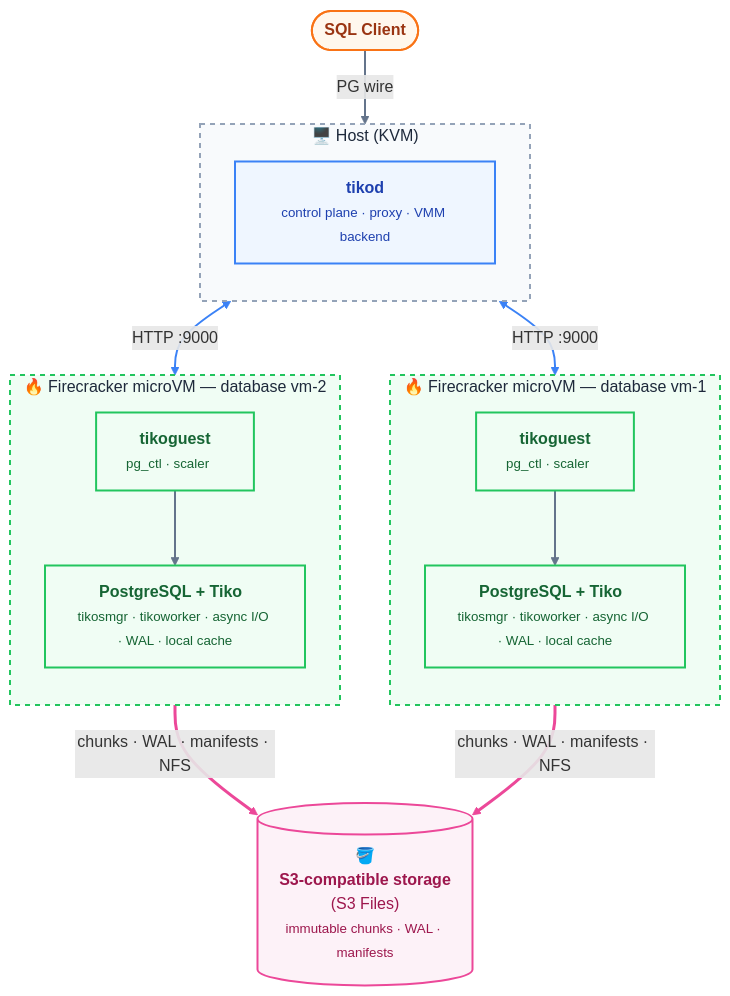
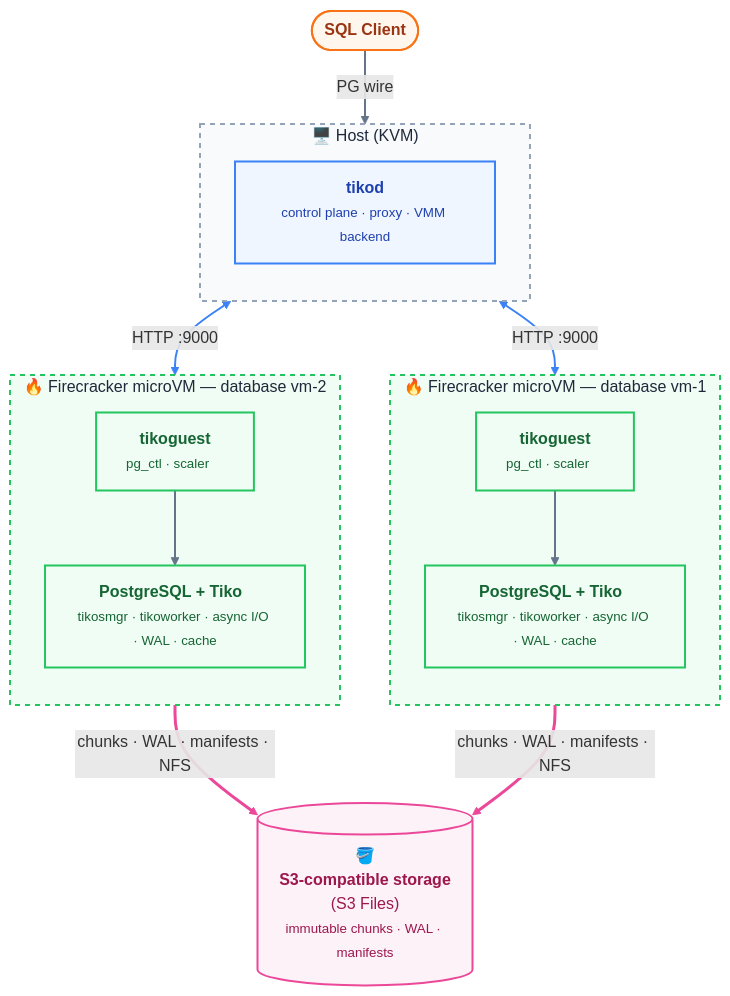
Before and after one commit to burmecia/tiko: the diagram in README.md, drawn with Mermaid.

Commit message:
update README to remove 'local' from cache description in flowchart

````diff
--- a/README.md
+++ b/README.md
@@ -43,54 +43,54 @@
 ```mermaid
 %%{init: {"themeVariables": {"titleColor": "#1e293b", "clusterBkg": "#f8fafc", "clusterBorder": "#94a3b8"}}}%%
 flowchart TB
   Client(["<b>SQL Client</b>"])
 
   subgraph Host ["🖥️ Host (KVM)"]
     direction TB
     Tikod["<b>tikod</b><br/><small>control plane · proxy · VMM backend</small>"]
   end
 
   subgraph VM1 ["🔥 Firecracker microVM — database vm-1"]
     direction TB
     Guest1["<b>tikoguest</b><br/><small>pg_ctl · scaler&nbsp;&nbsp;&nbsp;&nbsp;</small>"]
-    PG1["<b>PostgreSQL + Tiko&nbsp;&nbsp;</b><br/><small>tikosmgr · tikoworker · async I/O · WAL · local cache</small>"]
+    PG1["<b>PostgreSQL + Tiko&nbsp;&nbsp;</b><br/><small>tikosmgr · tikoworker · async I/O · WAL · cache</small>"]
     Guest1 --> PG1
   end
 
   subgraph VM2 ["🔥 Firecracker microVM — database vm-2"]
     direction TB
     Guest2["<b>tikoguest</b><br/><small>pg_ctl · scaler&nbsp;&nbsp;&nbsp;&nbsp;</small>"]
-    PG2["<b>PostgreSQL + Tiko&nbsp;&nbsp;</b><br/><small>tikosmgr · tikoworker · async I/O · WAL · local cache</small>"]
+    PG2["<b>PostgreSQL + Tiko&nbsp;&nbsp;</b><br/><small>tikosmgr · tikoworker · async I/O · WAL · cache</small>"]
     Guest2 --> PG2
   end
 
   S3[("🪣<br/><b>S3-compatible storage</b><br/>(S3 Files)<br/><small>immutable chunks · WAL · manifests</small>")]
 
   Client -->|PG wire| Tikod
   Tikod <-->|HTTP :9000| Guest1
   Tikod <-->|HTTP :9000| Guest2
   PG1 ==>|chunks · WAL · manifests · NFS| S3
   PG2 ==>|chunks · WAL · manifests · NFS| S3
 
   classDef client fill:#fff7ed,stroke:#f97316,stroke-width:2px,color:#9a3412
   classDef control fill:#eff6ff,stroke:#3b82f6,stroke-width:2px,color:#1e40af
   classDef vm fill:#f0fdf4,stroke:#22c55e,stroke-width:2px,color:#166534
   classDef storage fill:#fdf2f8,stroke:#ec4899,stroke-width:2px,color:#9d174d
 
   class Client client
   class Tikod control
   class Guest1,PG1,Guest2,PG2 vm
   class S3 storage
 
   style Host fill:#f8fafc,stroke:#94a3b8,stroke-width:2px,stroke-dasharray:5 5
   style VM1 fill:#f0fdf4,stroke:#22c55e,stroke-width:2px,stroke-dasharray:5 5
   style VM2 fill:#f0fdf4,stroke:#22c55e,stroke-width:2px,stroke-dasharray:5 5
   style S3 fill:#fdf2f8,stroke:#ec4899,stroke-width:2px
   linkStyle 0 stroke:#64748b,stroke-width:2px
   linkStyle 1 stroke:#64748b,stroke-width:2px
   linkStyle 2 stroke:#64748b,stroke-width:2px
   linkStyle 3 stroke:#3b82f6,stroke-width:2px
   linkStyle 4 stroke:#3b82f6,stroke-width:2px
   linkStyle 5 stroke:#ec4899,stroke-width:3px
   linkStyle 6 stroke:#ec4899,stroke-width:3px
 ```
````
